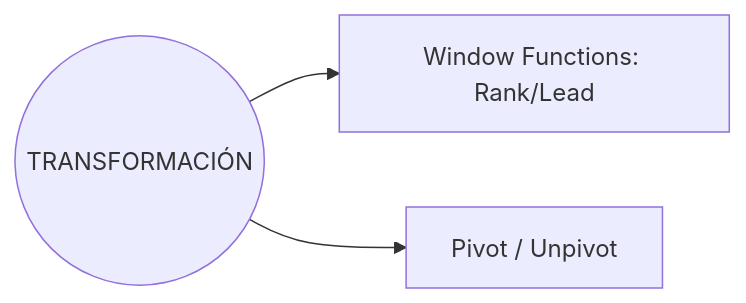
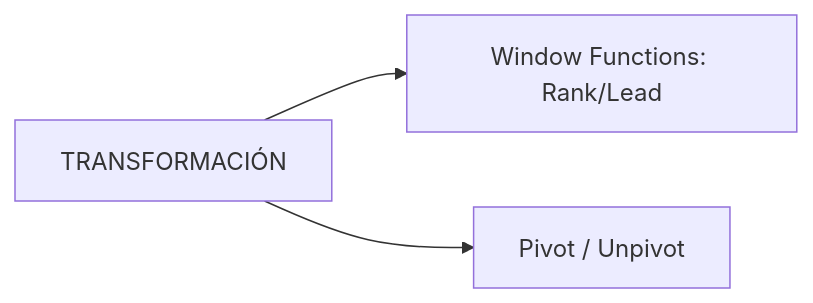
One commit to rraulherediaa/PracticasEstructurasDatos changed the sixth of 12 diagrams in README.md. Above: the diagram before and after it, drawn with Mermaid. The commit also changed other lines of this file, not shown here.

````diff
--- a/README.md
+++ b/README.md
@@ -67,6 +122,6 @@
 ```mermaid
 flowchart LR
-    Trans(("TRANSFORMACIÓN"))
+    Trans["TRANSFORMACIÓN"]
     Trans --> Win["Window Functions: Rank/Lead"]
     Trans --> Pivot["Pivot / Unpivot"]
 ```
````
